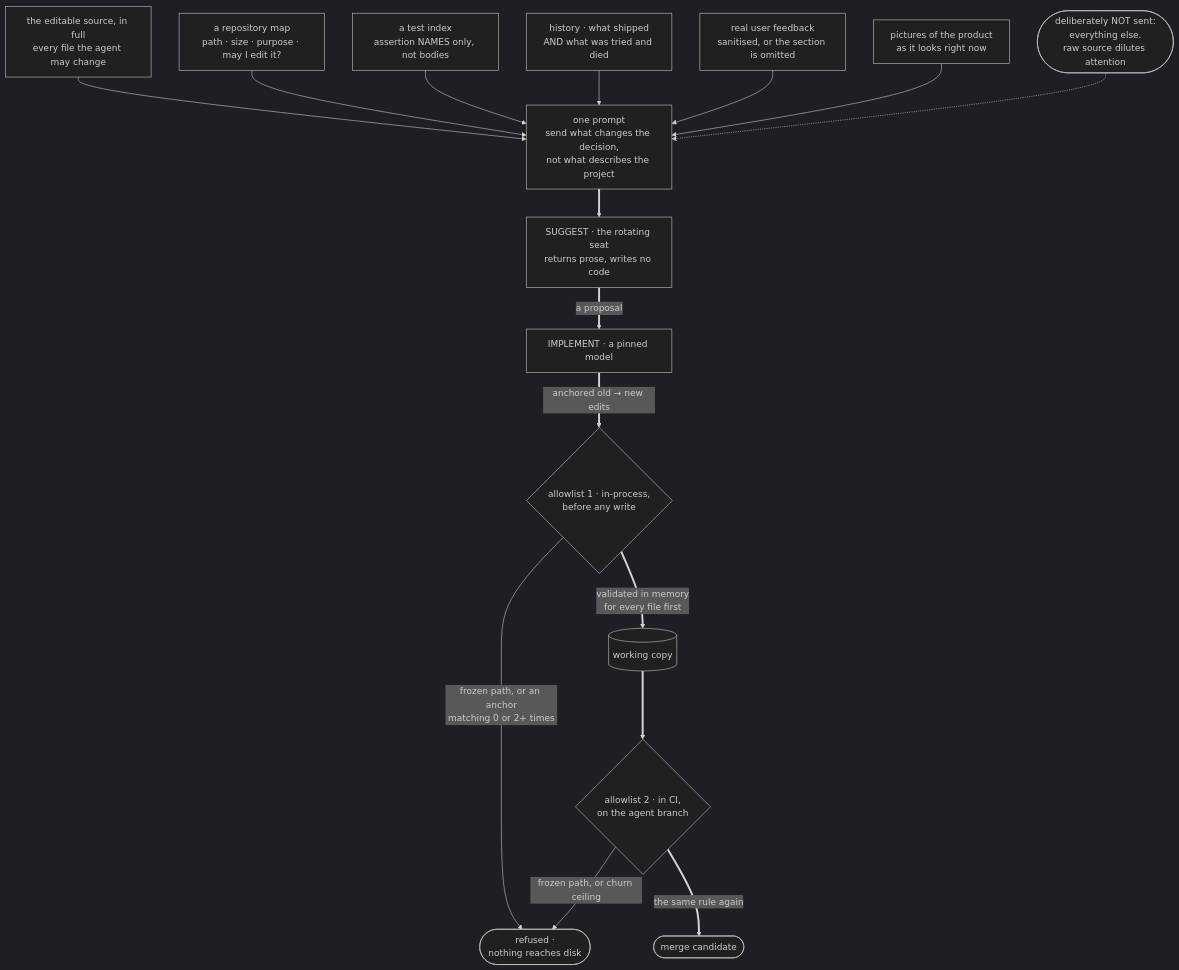
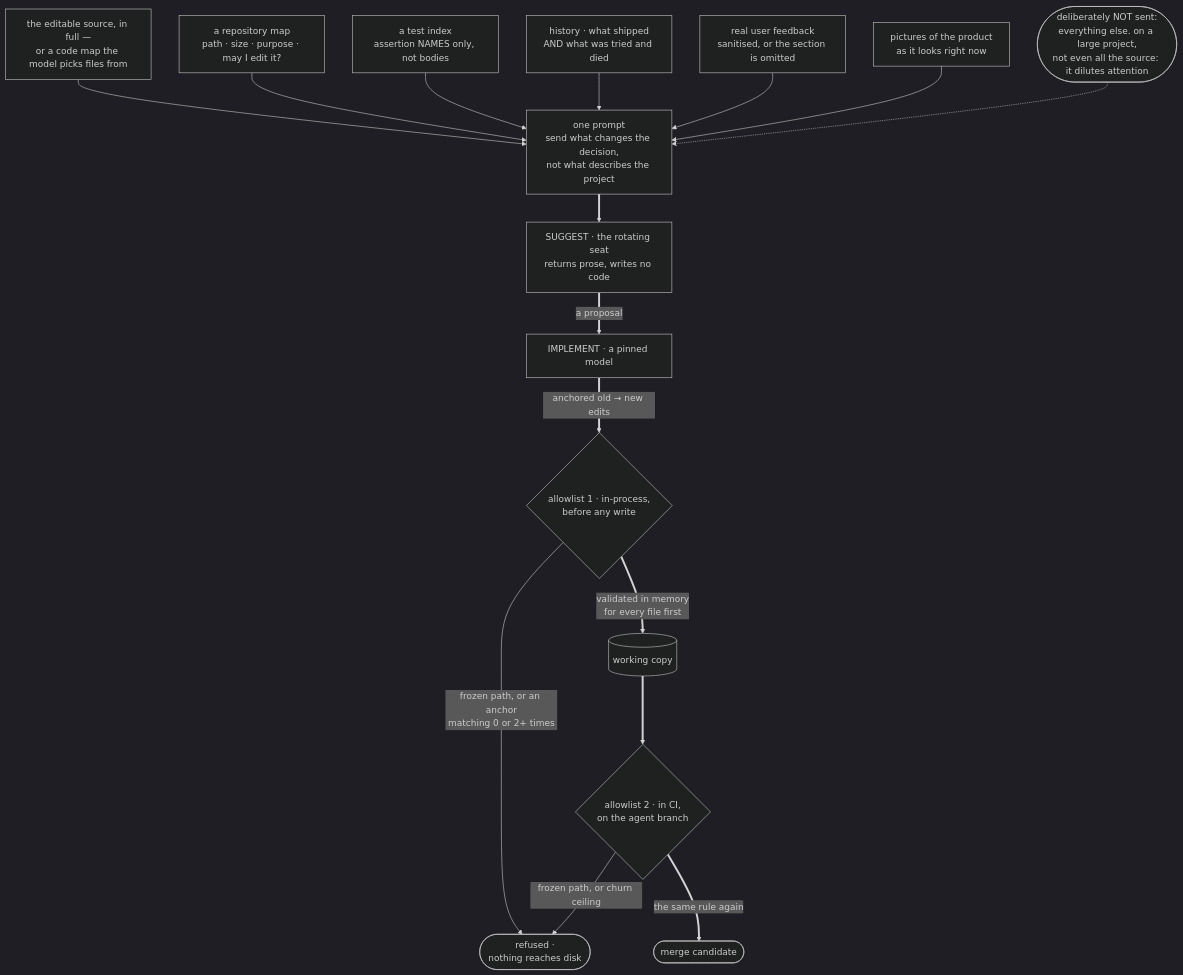
One commit to Chrisfoz/self-optimisation changed the diagram in learning/diagrams/generic-context.mmd. Above: the diagram before and after it, drawn with Mermaid (dark theme). The commit also changed 15 other files, not shown here.

First line of the commit message:
Docs, diagrams and test docs: steward sweep before going public (#49)

```diff
--- a/learning/diagrams/generic-context.mmd
+++ b/learning/diagrams/generic-context.mmd
@@ -1,20 +1,22 @@
+%% Simplified on purpose: the harness also sends the committed goal, lessons and
+%% runtime evidence (ARCHITECTURE.md, "Inside the loop").
 flowchart TB
-  src["the editable source, in full<br/>every file the agent may change"] --> pk
+  src["the editable source, in full —<br/>or a code map the model picks files from"] --> pk
   map["a repository map<br/>path · size · purpose · may I edit it?"] --> pk
   idx["a test index<br/>assertion NAMES only, not bodies"] --> pk
   hist["history · what shipped<br/>AND what was tried and died"] --> pk
   fb["real user feedback<br/>sanitised, or the section is omitted"] --> pk
   png["pictures of the product<br/>as it looks right now"] --> pk
 
   pk["one prompt<br/>send what changes the decision,<br/>not what describes the project"] ==> ask
 
-  omit(["deliberately NOT sent:<br/>everything else.<br/>raw source dilutes attention"]) -.-> pk
+  omit(["deliberately NOT sent:<br/>everything else. on a large project,<br/>not even all the source: it dilutes attention"]) -.-> pk
 
   ask["SUGGEST · the rotating seat<br/>returns prose, writes no code"] ==>|"a proposal"| impl["IMPLEMENT · a pinned model"]
 
   impl ==>|"anchored old → new edits"| w1{"allowlist 1 · in-process,<br/>before any write"}
   w1 -->|"frozen path, or an anchor<br/>matching 0 or 2+ times"| no(["refused ·<br/>nothing reaches disk"])
   w1 ==>|"validated in memory<br/>for every file first"| tree[("working copy")]
   tree ==> w2{"allowlist 2 · in CI,<br/>on the agent branch"}
   w2 ==>|"the same rule again"| yes(["merge candidate"])
   w2 -->|"frozen path, or churn ceiling"| no
```
